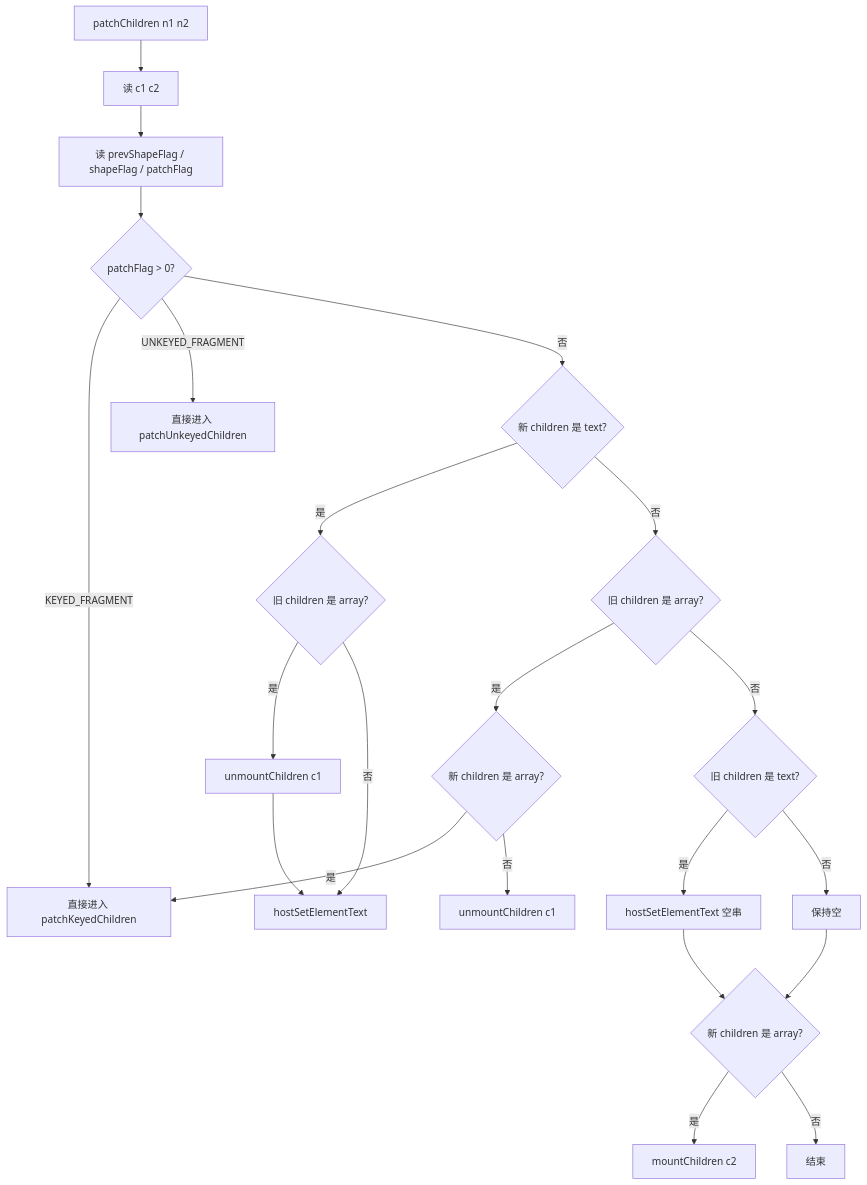
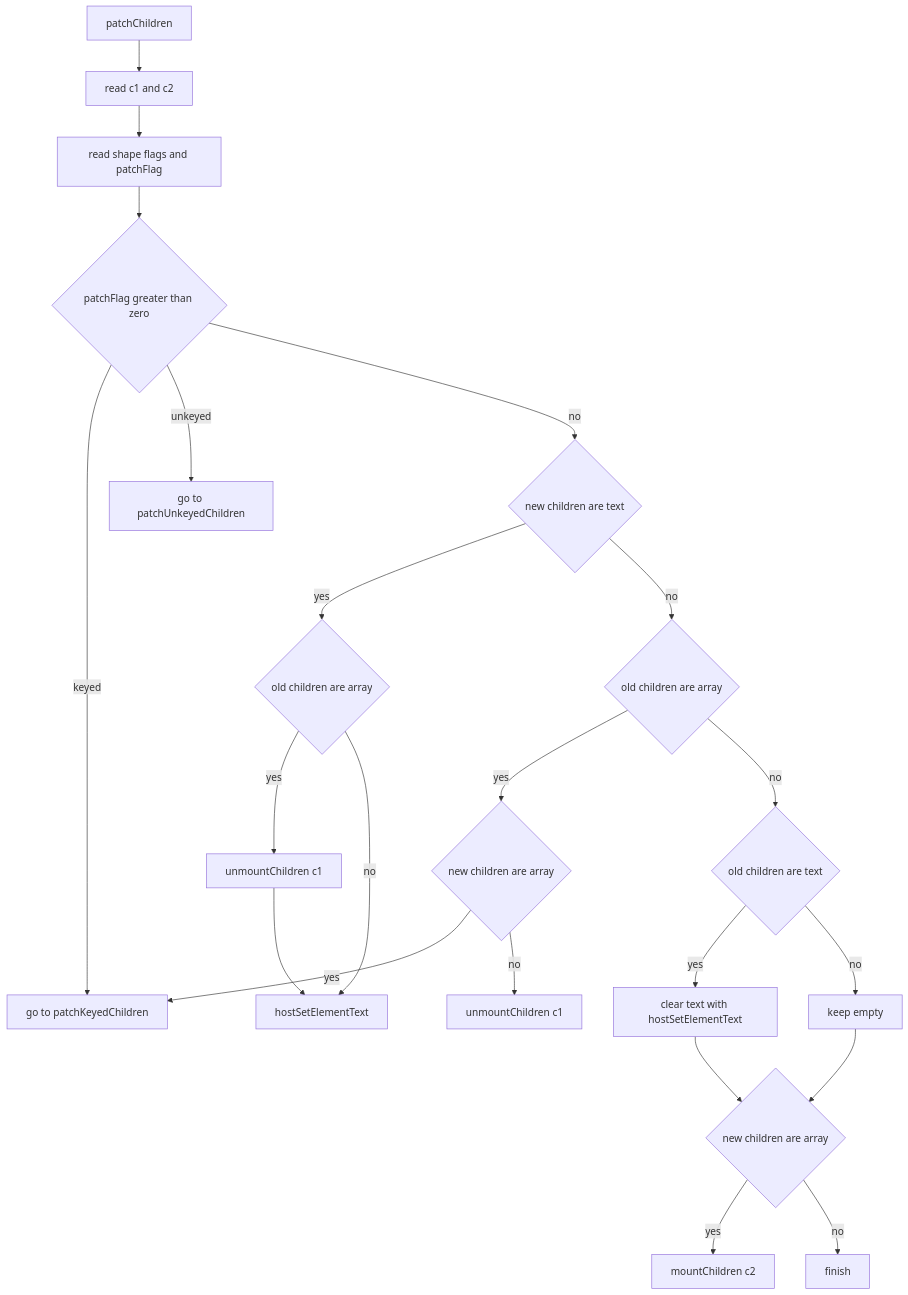
Before and after one commit to Tajigaqzh/front_basic: the third of 17 diagrams in docs/vue/source/runtime-core/diff-algorithm-interview.md, drawn with Mermaid. The commit also changed other lines of this file and 11 other files, not shown here.

````diff
--- a/docs/vue/source/runtime-core/diff-algorithm-interview.md
+++ b/docs/vue/source/runtime-core/diff-algorithm-interview.md
@@ -160,24 +160,24 @@
 ```mermaid
 flowchart TD
-  A[patchChildren n1 n2] --> B[读 c1 c2]
-  B --> C[读 prevShapeFlag / shapeFlag / patchFlag]
-  C --> D{patchFlag > 0?}
-  D -- KEYED_FRAGMENT --> E[直接进入 patchKeyedChildren]
-  D -- UNKEYED_FRAGMENT --> F[直接进入 patchUnkeyedChildren]
-  D -- 否 --> G{新 children 是 text?}
-  G -- 是 --> H{旧 children 是 array?}
-  H -- 是 --> I[unmountChildren c1]
-  H -- 否 --> J[hostSetElementText]
+  A["patchChildren"] --> B["read c1 and c2"]
+  B --> C["read shape flags and patchFlag"]
+  C --> D{"patchFlag greater than zero"}
+  D -- keyed --> E["go to patchKeyedChildren"]
+  D -- unkeyed --> F["go to patchUnkeyedChildren"]
+  D -- no --> G{"new children are text"}
+  G -- yes --> H{"old children are array"}
+  H -- yes --> I["unmountChildren c1"]
+  H -- no --> J["hostSetElementText"]
   I --> J
-  G -- 否 --> K{旧 children 是 array?}
-  K -- 是 --> L{新 children 是 array?}
-  L -- 是 --> E
-  L -- 否 --> M[unmountChildren c1]
-  K -- 否 --> N{旧 children 是 text?}
-  N -- 是 --> O[hostSetElementText 空串]
-  N -- 否 --> P[保持空]
-  O --> Q{新 children 是 array?}
+  G -- no --> K{"old children are array"}
+  K -- yes --> L{"new children are array"}
+  L -- yes --> E
+  L -- no --> M["unmountChildren c1"]
+  K -- no --> N{"old children are text"}
+  N -- yes --> O["clear text with hostSetElementText"]
+  N -- no --> P["keep empty"]
+  O --> Q{"new children are array"}
   P --> Q
-  Q -- 是 --> R[mountChildren c2]
-  Q -- 否 --> S[结束]
+  Q -- yes --> R["mountChildren c2"]
+  Q -- no --> S["finish"]
 ```
````
